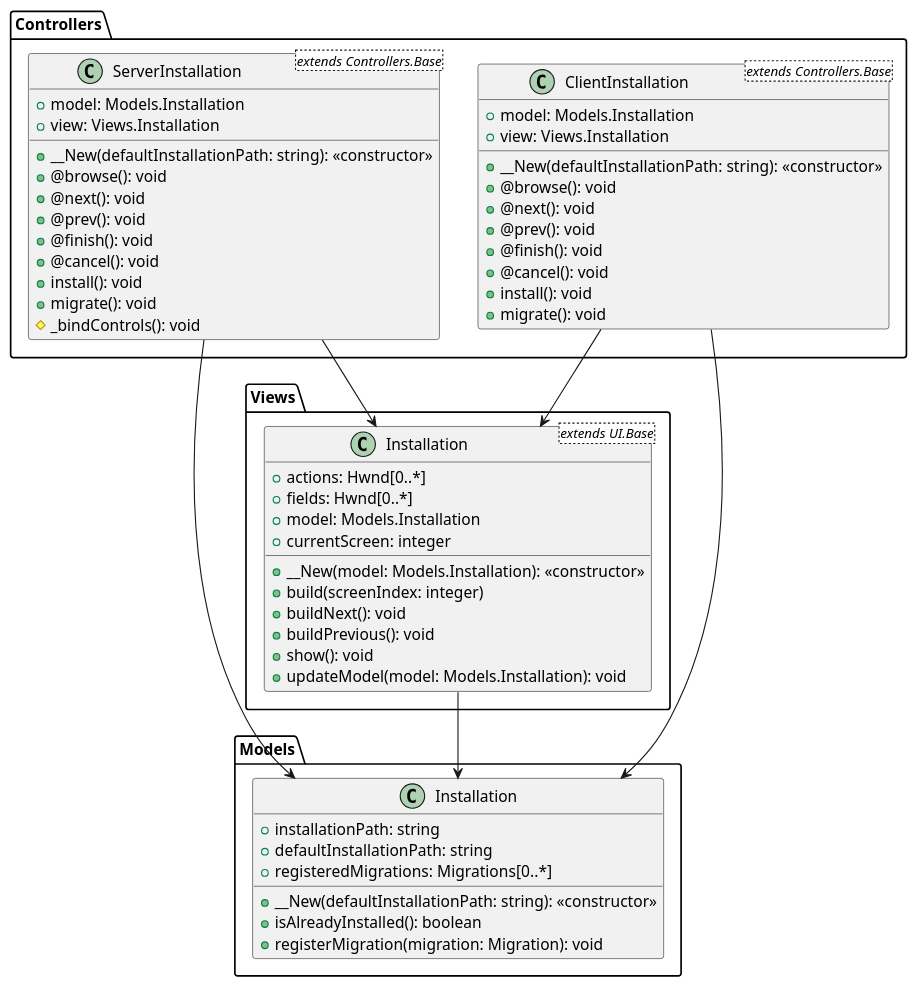
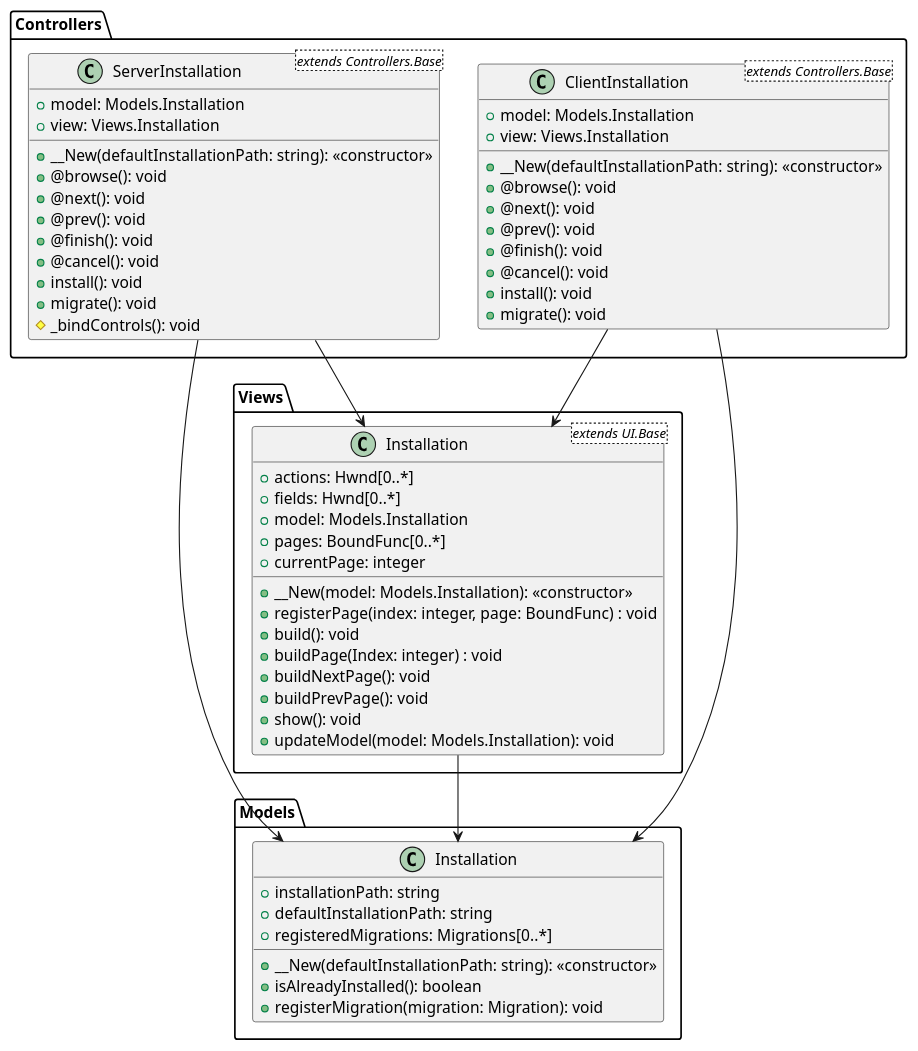
The diagram in docs/diagrams/src/classes/installation.puml (sadmachine/DBA-Automation-Tools), drawn with PlantUML before and after one commit. The commit also changed 1 other file, not shown here.

Commit message:
Update installer for registering pages

```diff
--- a/docs/diagrams/src/classes/installation.puml
+++ b/docs/diagrams/src/classes/installation.puml
@@ -1,70 +1,73 @@
 @startuml
 
 '--- Controllers.ServerInstallation --------------------------------------------
 class Controllers.ServerInstallation <extends Controllers.Base> {
   +model: Models.Installation
   +view: Views.Installation
 
   +__New(defaultInstallationPath: string): <<constructor>>
   +@browse(): void
   +@next(): void
   +@prev(): void
   +@finish(): void
   +@cancel(): void
   +install(): void
   +migrate(): void
   #_bindControls(): void
 }
 
 Controllers.ServerInstallation --> Models.Installation
 Controllers.ServerInstallation --> Views.Installation
 
 '--- Controllers.ClientInstallation --------------------------------------------
 class Controllers.ClientInstallation <extends Controllers.Base> {
   +model: Models.Installation
   +view: Views.Installation
 
   +__New(defaultInstallationPath: string): <<constructor>>
   +@browse(): void
   +@next(): void
   +@prev(): void
   +@finish(): void
   +@cancel(): void
   +install(): void
   +migrate(): void
 }
 
 Controllers.ClientInstallation --> Models.Installation
 Controllers.ClientInstallation --> Views.Installation
 
 '--- Models.Installation -------------------------------------------------------
 class Models.Installation {
   +installationPath: string
   +defaultInstallationPath: string
   +registeredMigrations: Migrations[0..*]
 
   +__New(defaultInstallationPath: string): <<constructor>>
   +isAlreadyInstalled(): boolean
   +registerMigration(migration: Migration): void
 }
 
 
 '--- Views.Installation --------------------------------------------------------
 class Views.Installation <extends UI.Base> {
   +actions: Hwnd[0..*]
   +fields: Hwnd[0..*]
   +model: Models.Installation
-  +currentScreen: integer
+  +pages: BoundFunc[0..*]
+  +currentPage: integer
 
   +__New(model: Models.Installation): <<constructor>>
-  +build(screenIndex: integer)
-  +buildNext(): void
-  +buildPrevious(): void
+  +registerPage(index: integer, page: BoundFunc) : void
+  +build(): void
+  +buildPage(Index: integer) : void 
+  +buildNextPage(): void
+  +buildPrevPage(): void
   +show(): void
   +updateModel(model: Models.Installation): void
 }
 
 Views.Installation --> Models.Installation
 
 
 @enduml
```
